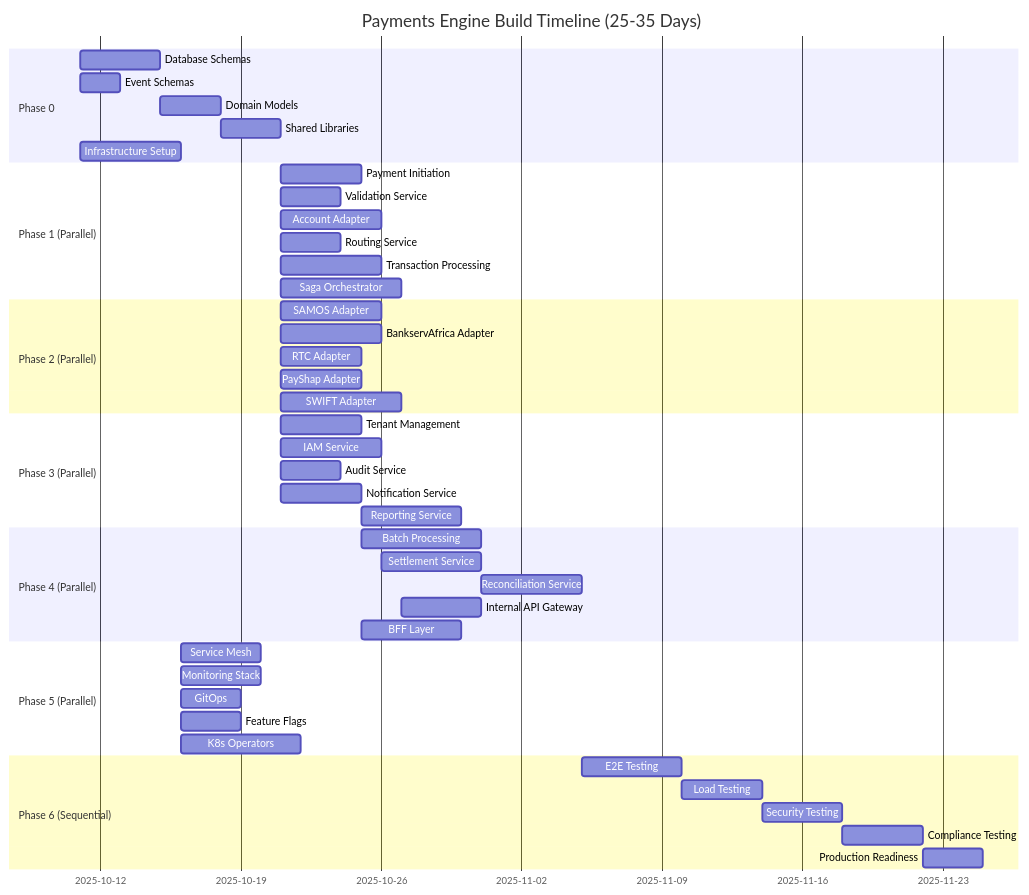
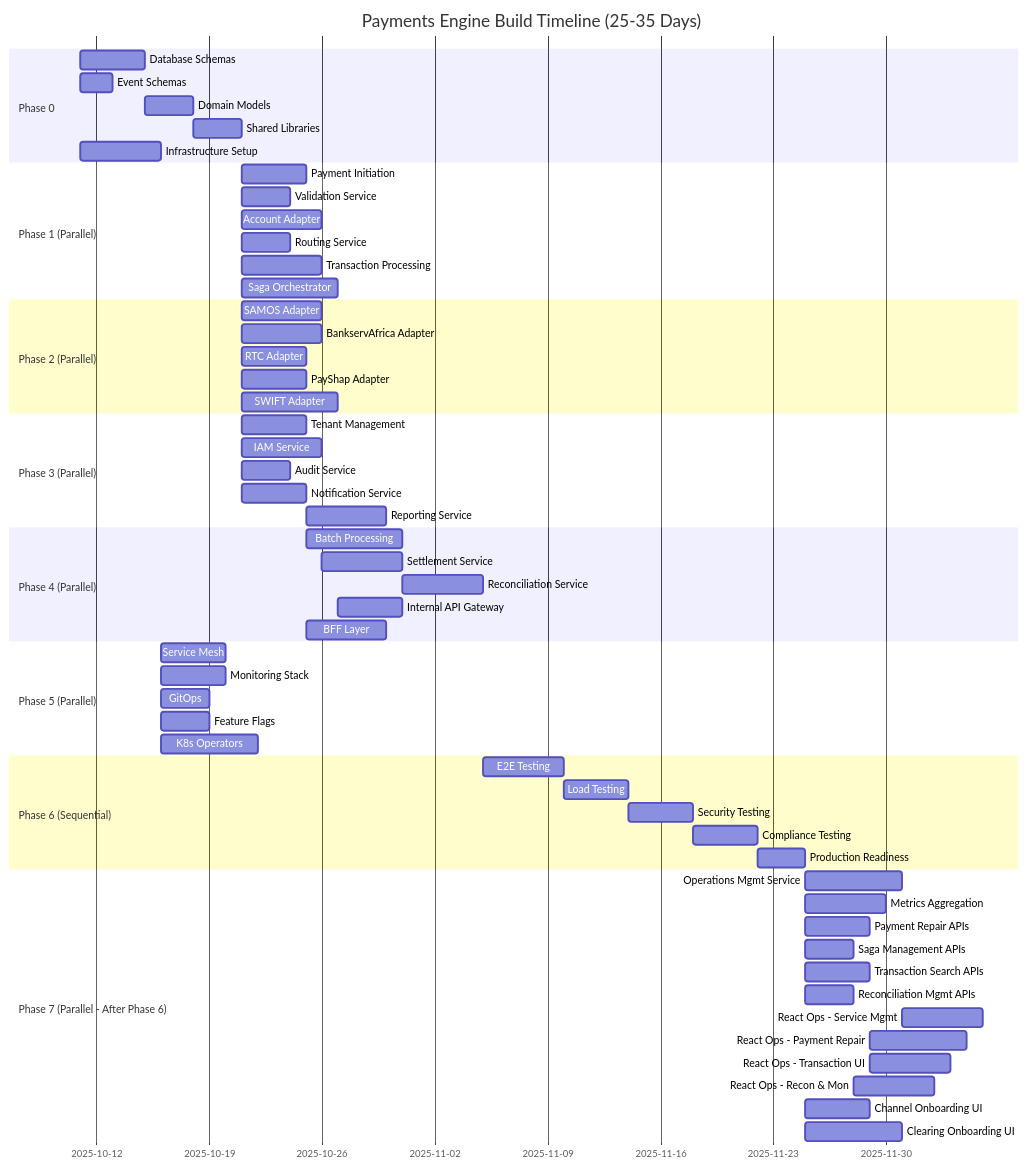
The second of 2 diagrams in docs/34-FEATURE-BREAKDOWN-TREE-ENHANCED.md (kranthikarthan/PE), drawn with Mermaid before and after one commit.

Commit message:
Add Phase 7 to Gantt chart timeline visualization
Added missing Phase 7 section to Mermaid Gantt chart:

Backend Services (6 features):
- 7.1: Operations Management Service (6 days)
- 7.2: Metrics Aggregation Service (5 days)
- 7.3: Payment Repair APIs (4 days)
- 7.4: Saga Management APIs (3 days)
- 7.5: Transaction Search APIs (4 days)
- 7.6: Reconciliation Management APIs (3 days)

Frontend UIs (6 features):
- 7.7: React Ops Portal - Service Management (5 days, depends on 7.1, 7.2)
- 7.8: React Ops Portal - Payment Repair (6 days, depends on 7.3)
- 7.9: React Ops Portal - Transaction Enquiries (5 days, depends on 7.5)
- 7.10: React Ops Portal - Reconciliation & Monitoring (5 days, depends on 7.6)
- 7.11: Channel Onboarding UI (4 days, independent)
- 7.12: Clearing System Onboarding UI (6 days, independent)

Phase 7 Characteristics:
- Starts after Phase 6 completes (after p6_5)
- All 12 features can be built in parallel
- Frontend features depend on corresponding backend APIs
- Estimated duration: 6-7 days (with parallelization)

Timeline now complete: Phase 0 → Phase 7 (8 phases total)
Status: ✅ Gantt chart now shows all 52 features across 8 phases

````diff
--- a/docs/34-FEATURE-BREAKDOWN-TREE-ENHANCED.md
+++ b/docs/34-FEATURE-BREAKDOWN-TREE-ENHANCED.md
@@ -254,55 +254,69 @@
 ```mermaid
 gantt
     title Payments Engine Build Timeline (25-35 Days)
     dateFormat YYYY-MM-DD
     
     section Phase 0
     Database Schemas          :p0_1, 2025-10-11, 4d
     Event Schemas            :p0_2, 2025-10-11, 2d
     Domain Models            :p0_3, after p0_1, 3d
     Shared Libraries         :p0_4, after p0_2 p0_3, 3d
     Infrastructure Setup     :p0_5, 2025-10-11, 5d
     
     section Phase 1 (Parallel)
     Payment Initiation       :p1_1, after p0_4 p0_5, 4d
     Validation Service       :p1_2, after p0_4 p0_5, 3d
     Account Adapter          :p1_3, after p0_4 p0_5, 5d
     Routing Service          :p1_4, after p0_4 p0_5, 3d
     Transaction Processing   :p1_5, after p0_4 p0_5, 5d
     Saga Orchestrator        :p1_6, after p0_4 p0_5, 6d
     
     section Phase 2 (Parallel)
     SAMOS Adapter            :p2_1, after p0_4 p0_5, 5d
     BankservAfrica Adapter   :p2_2, after p0_4 p0_5, 5d
     RTC Adapter              :p2_3, after p0_4 p0_5, 4d
     PayShap Adapter          :p2_4, after p0_4 p0_5, 4d
     SWIFT Adapter            :p2_5, after p0_4 p0_5, 6d
     
     section Phase 3 (Parallel)
     Tenant Management        :p3_1, after p0_4 p0_5, 4d
     IAM Service              :p3_2, after p0_4 p0_5, 5d
     Audit Service            :p3_3, after p0_4 p0_5, 3d
     Notification Service     :p3_4, after p0_4 p0_5, 4d
     Reporting Service        :p3_5, after p1_1, 5d
     
     section Phase 4 (Parallel)
     Batch Processing         :p4_1, after p1_1, 6d
     Settlement Service       :p4_2, after p2_1, 5d
     Reconciliation Service   :p4_3, after p4_2, 5d
     Internal API Gateway     :p4_4, after p1_6, 4d
     BFF Layer                :p4_5, after p1_1, 5d
     
     section Phase 5 (Parallel)
     Service Mesh             :p5_1, after p0_5, 4d
     Monitoring Stack         :p5_2, after p0_5, 4d
     GitOps                   :p5_3, after p0_5, 3d
     Feature Flags            :p5_4, after p0_5, 3d
     K8s Operators            :p5_5, after p0_5, 6d
     
     section Phase 6 (Sequential)
     E2E Testing              :p6_1, after p1_6 p2_5 p3_5 p4_3 p5_5, 5d
     Load Testing             :p6_2, after p6_1, 4d
     Security Testing         :p6_3, after p6_2, 4d
     Compliance Testing       :p6_4, after p6_3, 4d
     Production Readiness     :p6_5, after p6_4, 3d
+    
+    section Phase 7 (Parallel - After Phase 6)
+    Operations Mgmt Service  :p7_1, after p6_5, 6d
+    Metrics Aggregation      :p7_2, after p6_5, 5d
+    Payment Repair APIs      :p7_3, after p6_5, 4d
+    Saga Management APIs     :p7_4, after p6_5, 3d
+    Transaction Search APIs  :p7_5, after p6_5, 4d
+    Reconciliation Mgmt APIs :p7_6, after p6_5, 3d
+    React Ops - Service Mgmt :p7_7, after p7_1 p7_2, 5d
+    React Ops - Payment Repair :p7_8, after p7_3, 6d
+    React Ops - Transaction UI :p7_9, after p7_5, 5d
+    React Ops - Recon & Mon  :p7_10, after p7_6, 5d
+    Channel Onboarding UI    :p7_11, after p6_5, 4d
+    Clearing Onboarding UI   :p7_12, after p6_5, 6d
 ```
````
